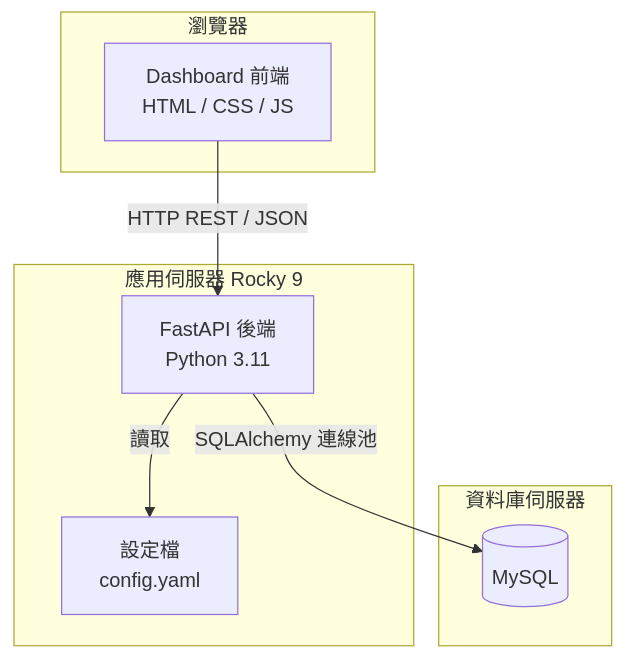
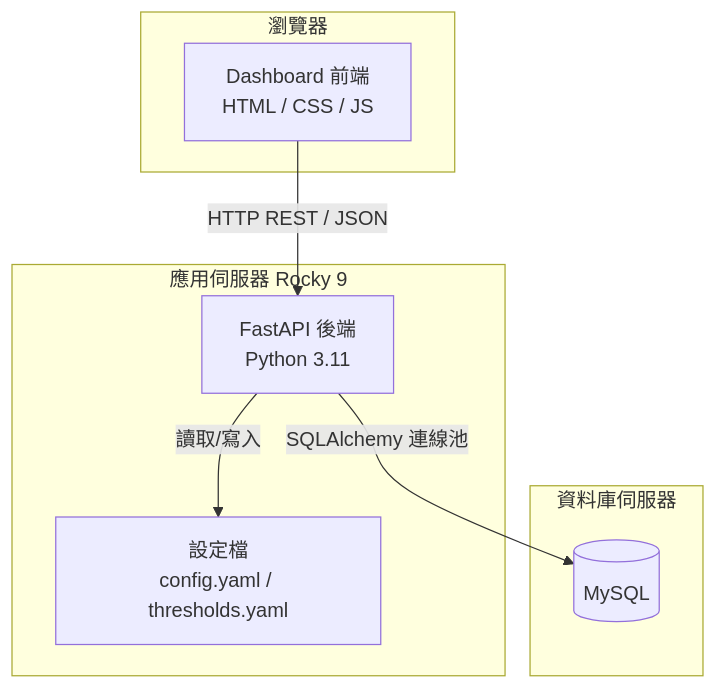
Before and after one commit to hochinchang/radar-monitoring-platform: the diagram in .kiro/specs/radar-monitoring-platform/design.md, drawn with Mermaid. The commit also changed other lines of this file and 20 other files, not shown here.

````diff
--- a/.kiro/specs/radar-monitoring-platform/design.md
+++ b/.kiro/specs/radar-monitoring-platform/design.md
@@ -13,19 +13,19 @@
 ```mermaid
 graph TB
     subgraph 瀏覽器
         UI[Dashboard 前端<br/>HTML / CSS / JS]
     end
 
     subgraph 應用伺服器 Rocky 9
         API[FastAPI 後端<br/>Python 3.11]
-        CFG[設定檔<br/>config.yaml]
+        CFG[設定檔<br/>config.yaml / thresholds.yaml]
     end
 
     subgraph 資料庫伺服器
         DB[(MySQL)]
     end
 
     UI -- HTTP REST / JSON --> API
     API -- SQLAlchemy 連線池 --> DB
-    API -- 讀取 --> CFG
+    API -- 讀取/寫入 --> CFG
 ```
````
